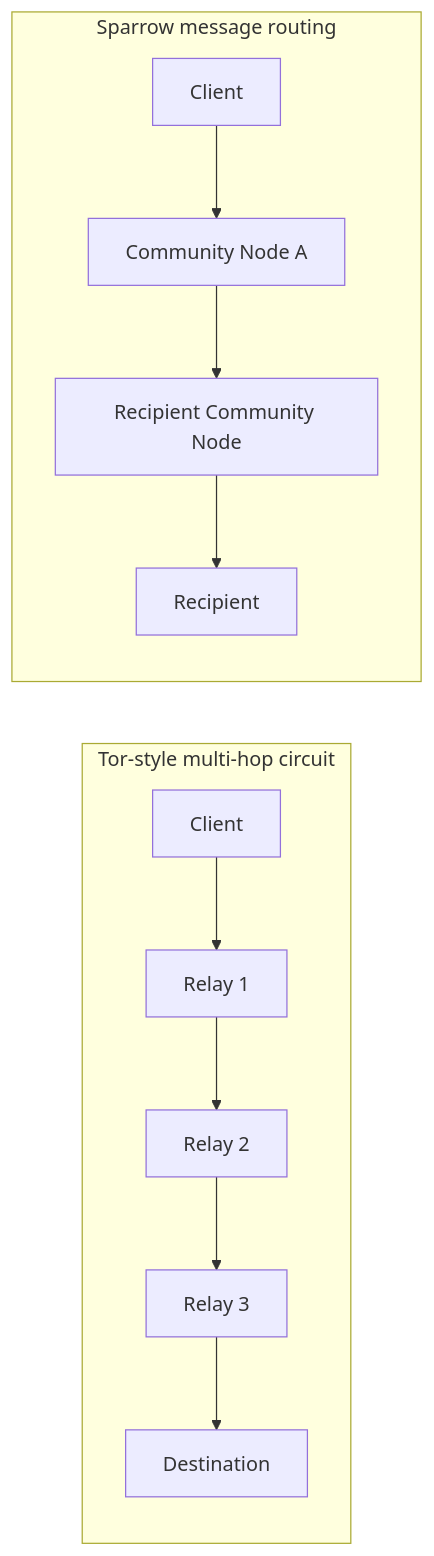
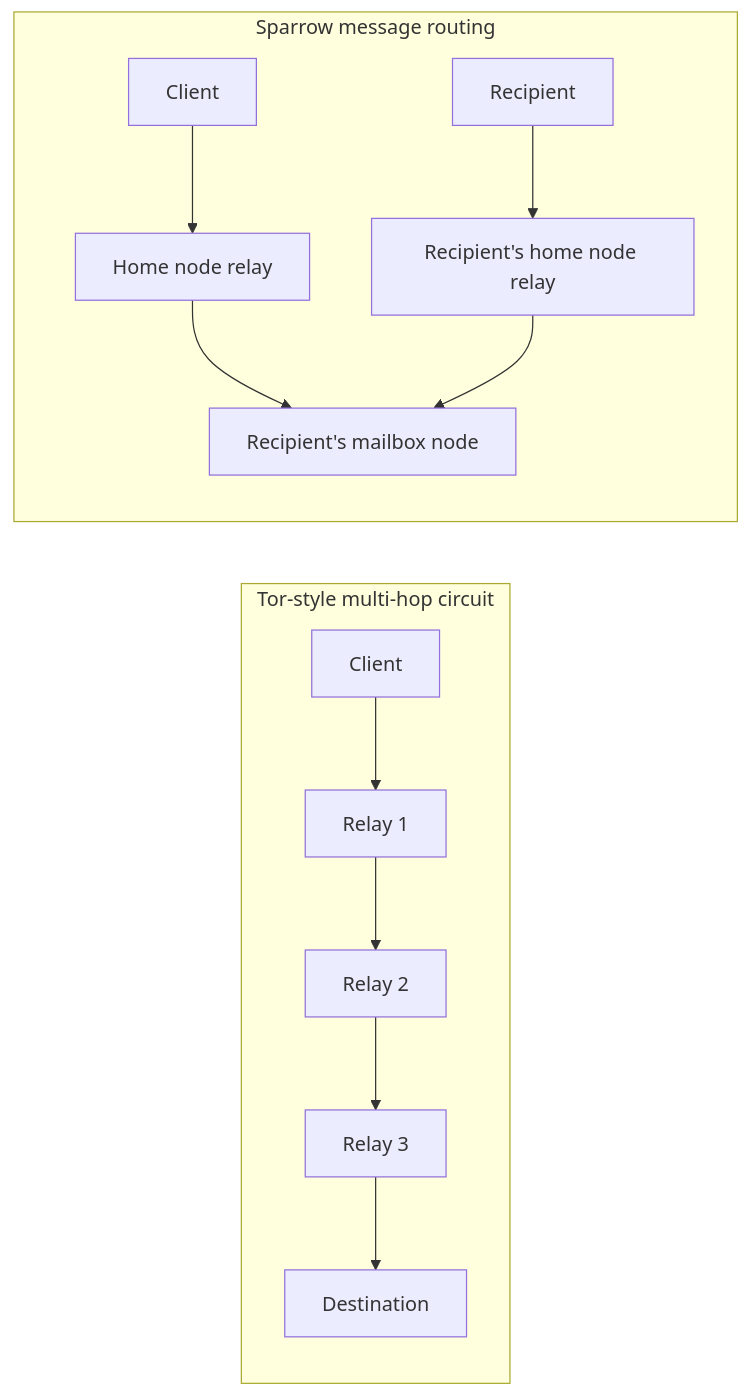
The third of 3 diagrams in docs/why-sparrow.md (cbgm/Sparrow), drawn with Mermaid before and after one commit. The commit also changed other lines of this file and 231 other files, not shown here.

````diff
--- a/docs/why-sparrow.md
+++ b/docs/why-sparrow.md
@@ -152,15 +147,16 @@
 ```mermaid
 flowchart LR
     subgraph Tor[Tor-style multi-hop circuit]
         TClient[Client] --> Guard[Relay 1]
         Guard --> Middle[Relay 2]
         Middle --> Exit[Relay 3]
         Exit --> Destination[Destination]
     end
 
     subgraph SC[Sparrow message routing]
-        SClient[Client] --> NodeA[Community Node A]
-        NodeA --> NodeB[Recipient Community Node]
-        NodeB --> Recipient[Recipient]
+        SClient[Client] --> Home[Home node relay]
+        Home --> NodeB[Recipient's mailbox node]
+        Recipient[Recipient] --> RHome[Recipient's home node relay]
+        RHome --> NodeB
     end
 ```
````
